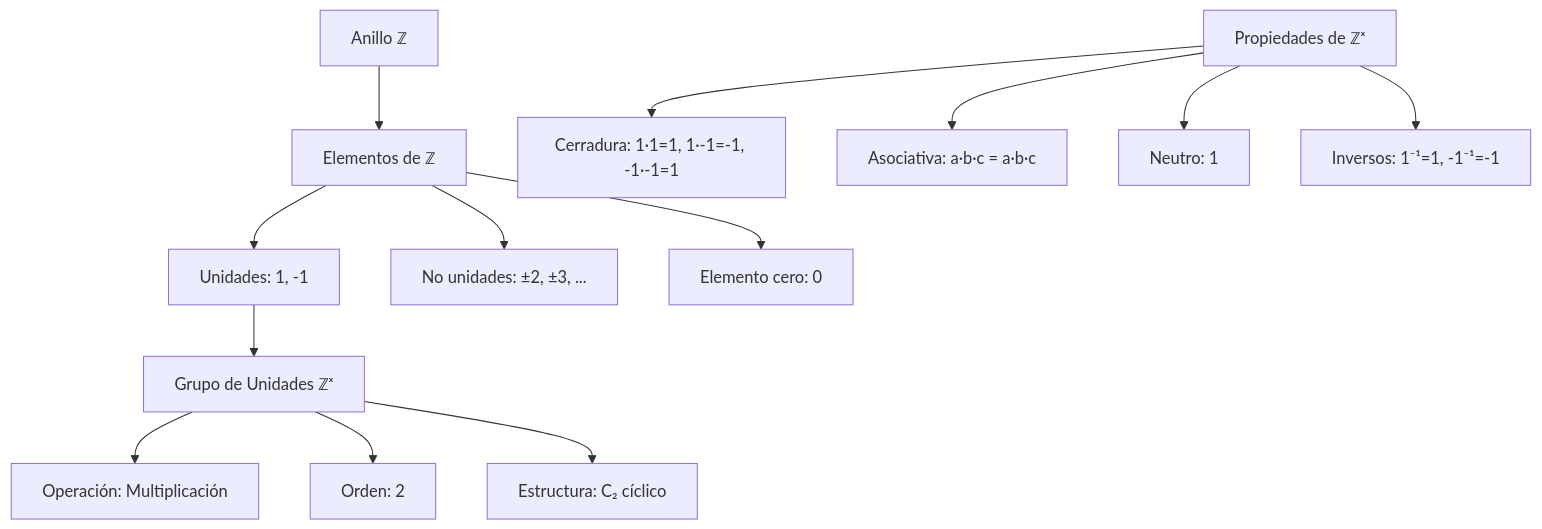
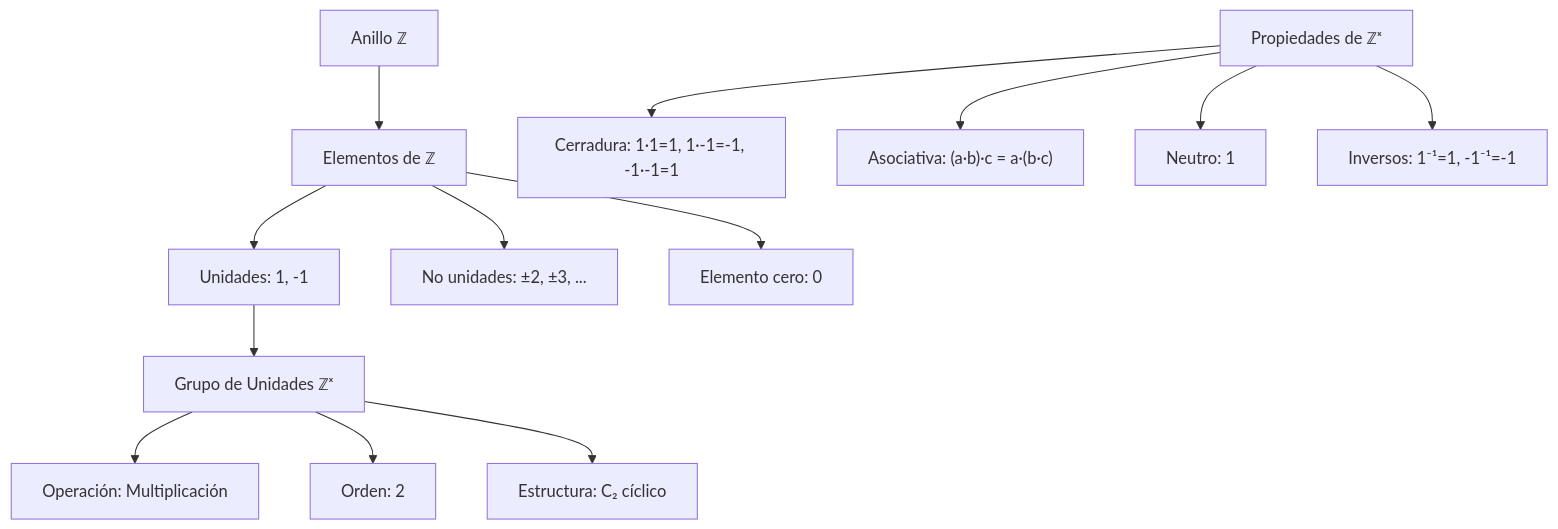
The diagram in public/documents/semester-2/1/2115.md (djaimej/computer-science-template), drawn with Mermaid before and after one commit. The commit also changed other lines of this file and 21 other files, not shown here.

````diff
--- a/public/documents/semester-2/1/2115.md
+++ b/public/documents/semester-2/1/2115.md
@@ -118,20 +118,20 @@
 ```mermaid
 graph TD
     A[Anillo ℤ] --> B[Elementos de ℤ]
     B --> C[Unidades: 1, -1]
     B --> D[No unidades: ±2, ±3, ...]
     B --> E[Elemento cero: 0]
 
     C --> F[Grupo de Unidades ℤˣ]
     F --> G[Operación: Multiplicación]
     F --> H[Orden: 2]
     F --> I[Estructura: C₂ cíclico]
 
     J[Propiedades de ℤˣ] --> K[Cerradura: 1·1=1, 1·-1=-1, -1·-1=1]
-    J --> L[Asociativa: a·b·c = a·b·c]
+    J --> L["Asociativa: (a·b)·c = a·(b·c)"]
     J --> M[Neutro: 1]
     J --> N[Inversos: 1⁻¹=1, -1⁻¹=-1]
 
     C:::orange
     F:::blue
 ```
````
